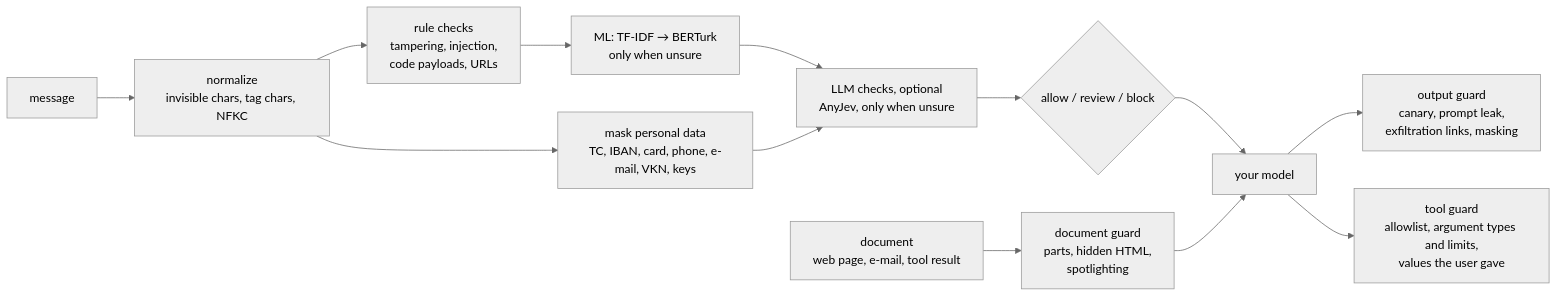
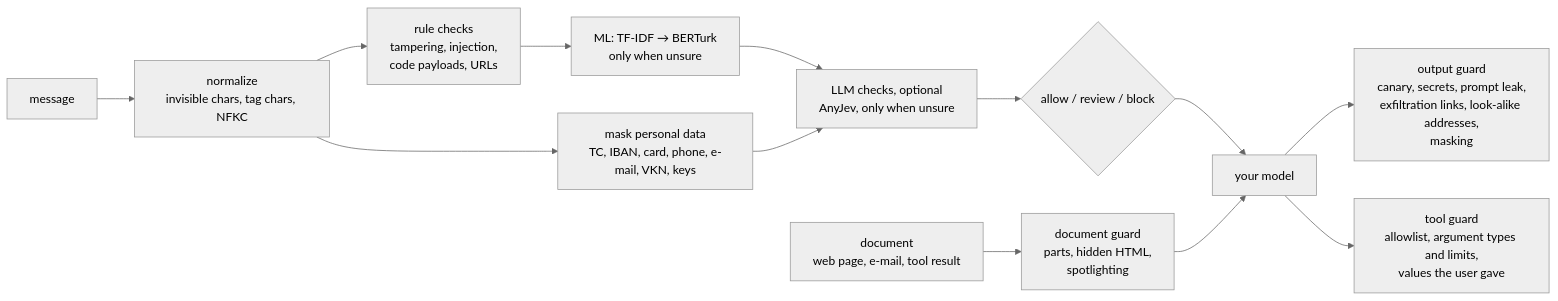
Before and after one commit to efronh/sieve: the diagram in README.md, drawn with Mermaid (neutral theme). The commit also changed other lines of this file and 2 other files, not shown here.

````diff
--- a/README.md
+++ b/README.md
@@ -169,13 +186,13 @@
 ```mermaid
 flowchart LR
     A[message] --> N[normalize<br/>invisible chars, tag chars, NFKC]
     N --> M[mask personal data<br/>TC, IBAN, card, phone, e-mail, VKN, keys]
     N --> C[rule checks<br/>tampering, injection,<br/>code payloads, URLs]
     C --> ML[ML: TF-IDF → BERTurk<br/>only when unsure]
     ML --> L[LLM checks, optional<br/>AnyJev, only when unsure]
     M --> L
     L --> R{allow / review / block}
-    R --> LLM[your model] --> O[output guard<br/>canary, prompt leak,<br/>exfiltration links, masking]
+    R --> LLM[your model] --> O[output guard<br/>canary, secrets, prompt leak,<br/>exfiltration links, look-alike addresses,<br/>masking]
     LLM --> T[tool guard<br/>allowlist, argument types and limits,<br/>values the user gave]
     D[document<br/>web page, e-mail, tool result] --> DG[document guard<br/>parts, hidden HTML,<br/>spotlighting] --> LLM
 ```
````
